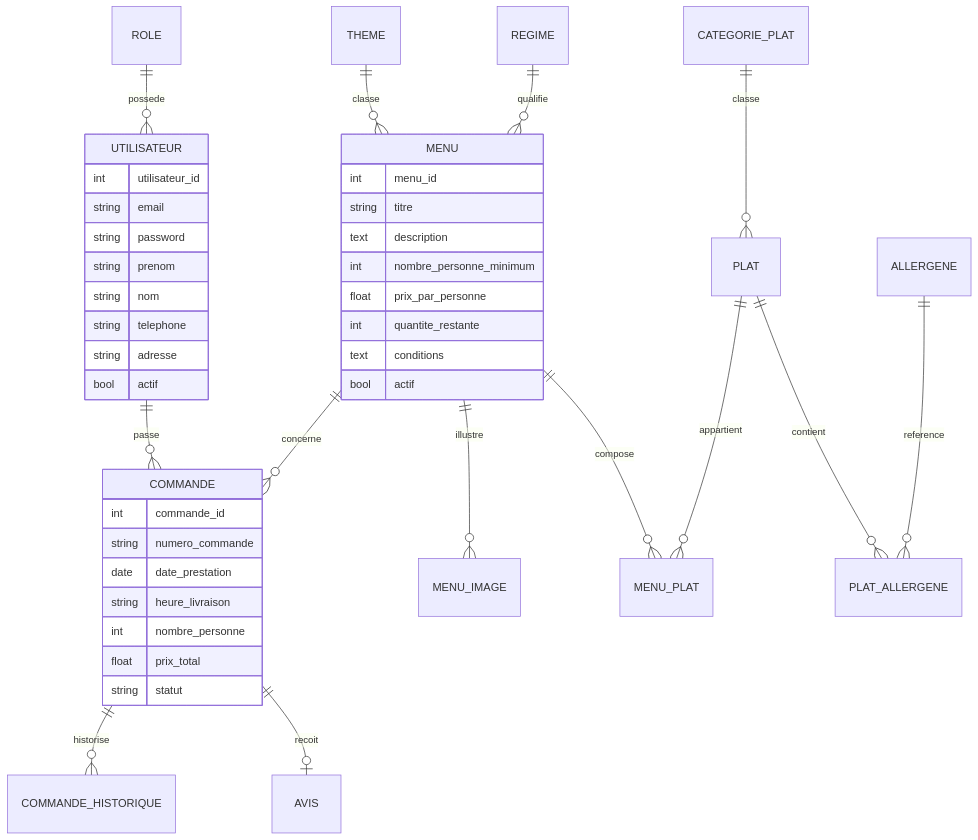
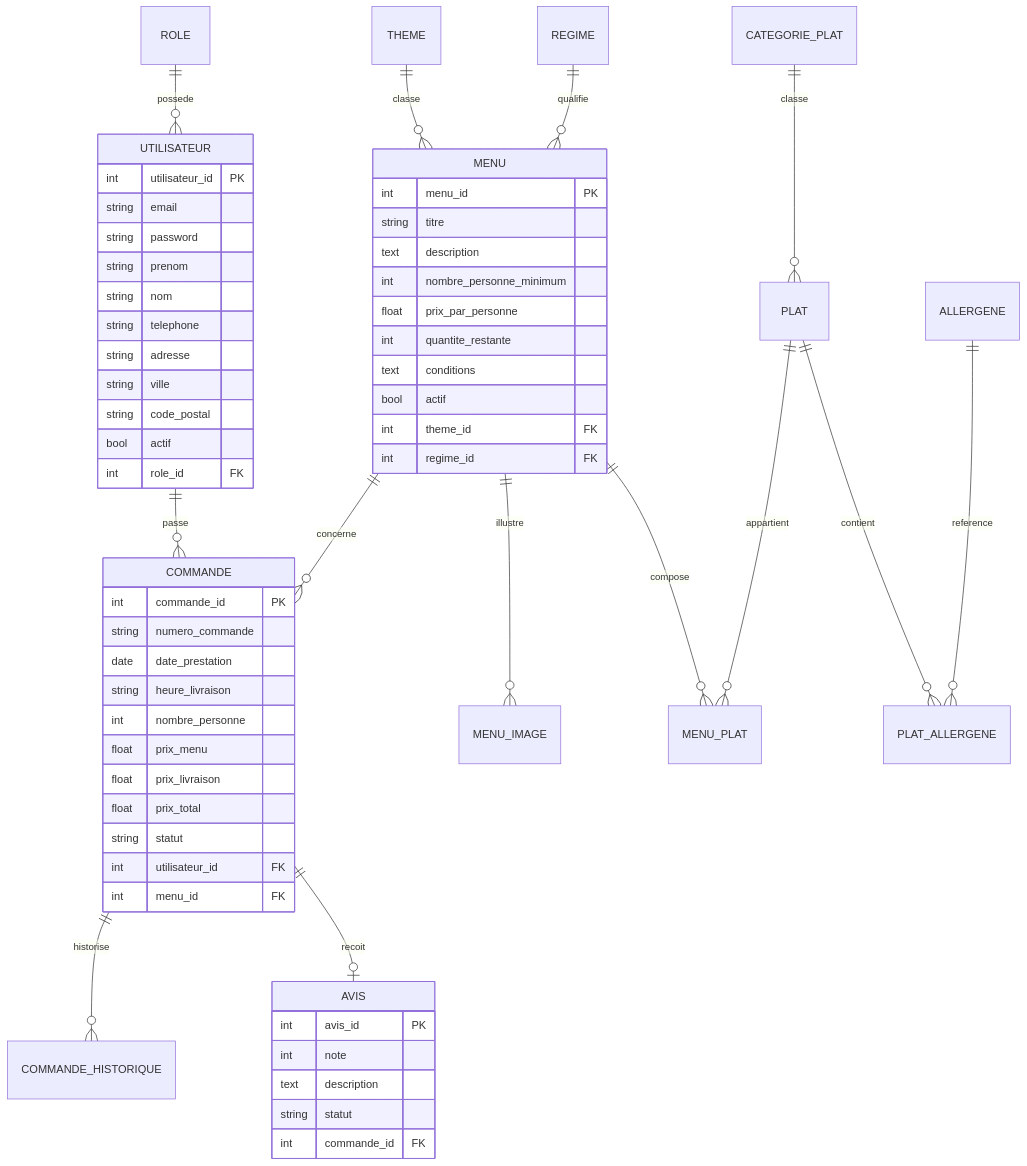
The first of 3 diagrams in docs/documentation-technique.md (AmineAKIK/vite-gourmand-ecf), drawn with Mermaid before and after one commit. The commit also changed other lines of this file and 58 other files, not shown here.

````diff
--- a/docs/documentation-technique.md
+++ b/docs/documentation-technique.md
@@ -69,48 +150,65 @@
 ```mermaid
 erDiagram
     ROLE ||--o{ UTILISATEUR : possede
     UTILISATEUR ||--o{ COMMANDE : passe
     MENU ||--o{ COMMANDE : concerne
     THEME ||--o{ MENU : classe
     REGIME ||--o{ MENU : qualifie
     MENU ||--o{ MENU_IMAGE : illustre
     MENU ||--o{ MENU_PLAT : compose
     PLAT ||--o{ MENU_PLAT : appartient
     CATEGORIE_PLAT ||--o{ PLAT : classe
     PLAT ||--o{ PLAT_ALLERGENE : contient
     ALLERGENE ||--o{ PLAT_ALLERGENE : reference
     COMMANDE ||--o{ COMMANDE_HISTORIQUE : historise
     COMMANDE ||--o| AVIS : recoit
 
     UTILISATEUR {
-        int utilisateur_id
+        int utilisateur_id PK
         string email
         string password
         string prenom
         string nom
         string telephone
         string adresse
+        string ville
+        string code_postal
         bool actif
+        int role_id FK
     }
 
     MENU {
-        int menu_id
+        int menu_id PK
         string titre
         text description
         int nombre_personne_minimum
         float prix_par_personne
         int quantite_restante
         text conditions
         bool actif
+        int theme_id FK
+        int regime_id FK
     }
 
     COMMANDE {
-        int commande_id
+        int commande_id PK
         string numero_commande
         date date_prestation
         string heure_livraison
         int nombre_personne
+        float prix_menu
+        float prix_livraison
         float prix_total
         string statut
+        int utilisateur_id FK
+        int menu_id FK
+    }
+
+    AVIS {
+        int avis_id PK
+        int note
+        text description
+        string statut
+        int commande_id FK
     }
 ```
````
